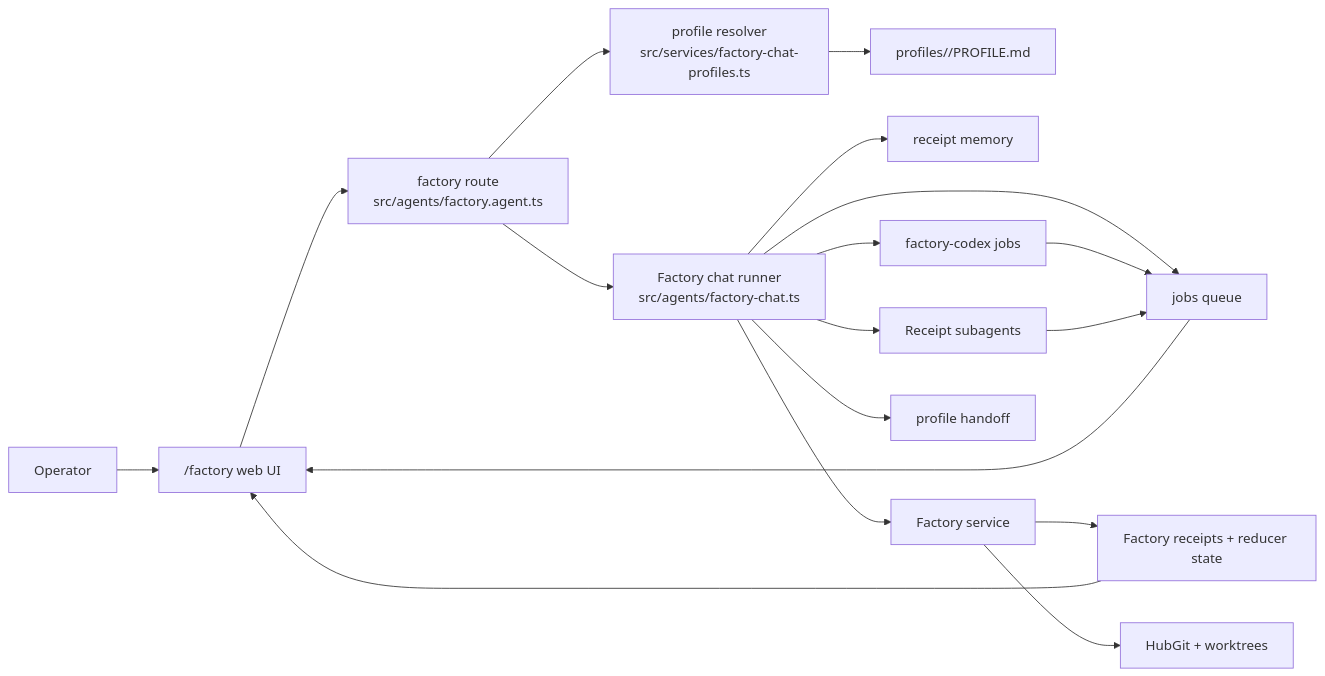
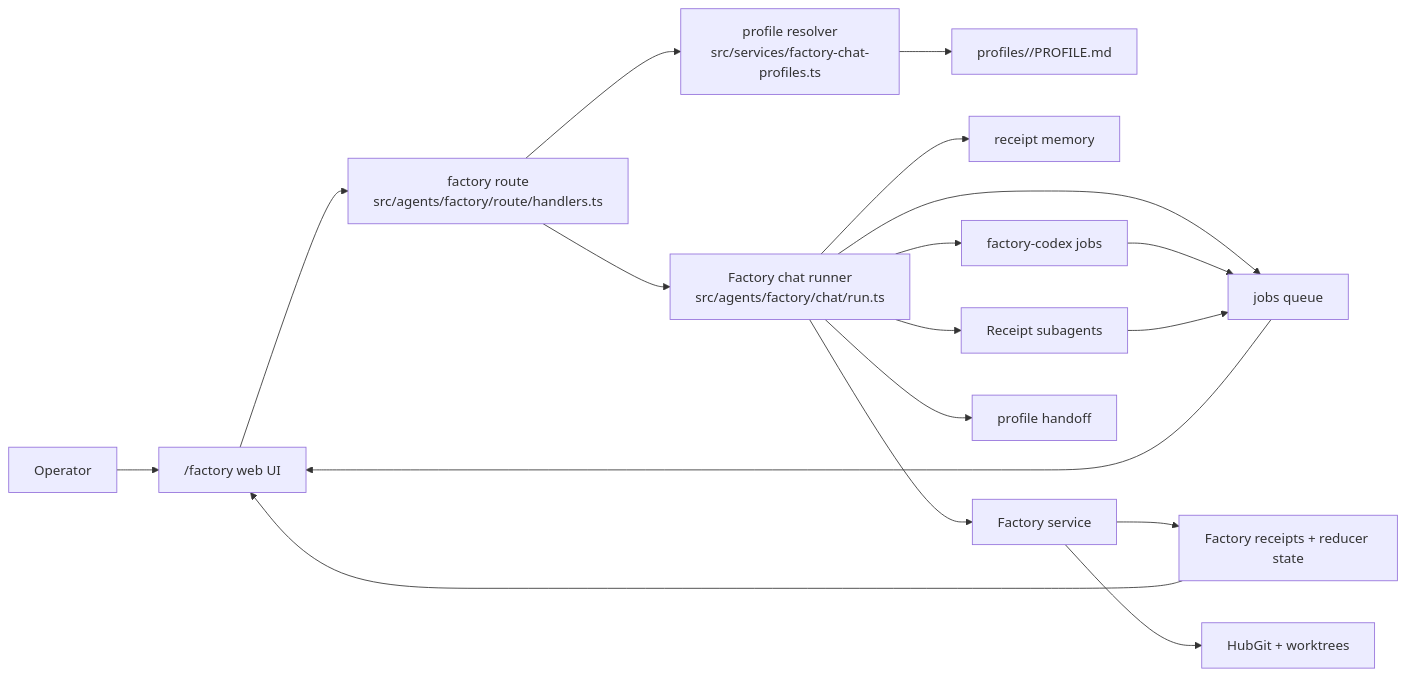
The first of 2 diagrams in docs/factory-profile-orchestration.md (skishore23/receipt), drawn with Mermaid before and after one commit. The commit also changed other lines of this file and 73 other files, not shown here.

````diff
--- a/docs/factory-profile-orchestration.md
+++ b/docs/factory-profile-orchestration.md
@@ -69,22 +69,22 @@
 ```mermaid
 flowchart LR
   Operator["Operator"] --> UI["/factory web UI"]
-  UI --> Route["factory route\nsrc/agents/factory.agent.ts"]
+  UI --> Route["factory route\nsrc/agents/factory/route/handlers.ts"]
   Route --> Resolver["profile resolver\nsrc/services/factory-chat-profiles.ts"]
   Resolver --> Profiles["profiles/<id>/PROFILE.md"]
-  Route --> Agent["Factory chat runner\nsrc/agents/factory-chat.ts"]
+  Route --> Agent["Factory chat runner\nsrc/agents/factory/chat/run.ts"]
 
   Agent --> Memory["receipt memory"]
   Agent --> Queue["jobs queue"]
   Agent --> Factory["Factory service"]
   Agent --> Codex["factory-codex jobs"]
   Agent --> Subagents["Receipt subagents"]
   Agent --> Handoff["profile handoff"]
 
   Factory --> Receipts["Factory receipts + reducer state"]
   Factory --> Git["HubGit + worktrees"]
   Codex --> Queue
   Subagents --> Queue
   Queue --> UI
   Receipts --> UI
 ```
````
